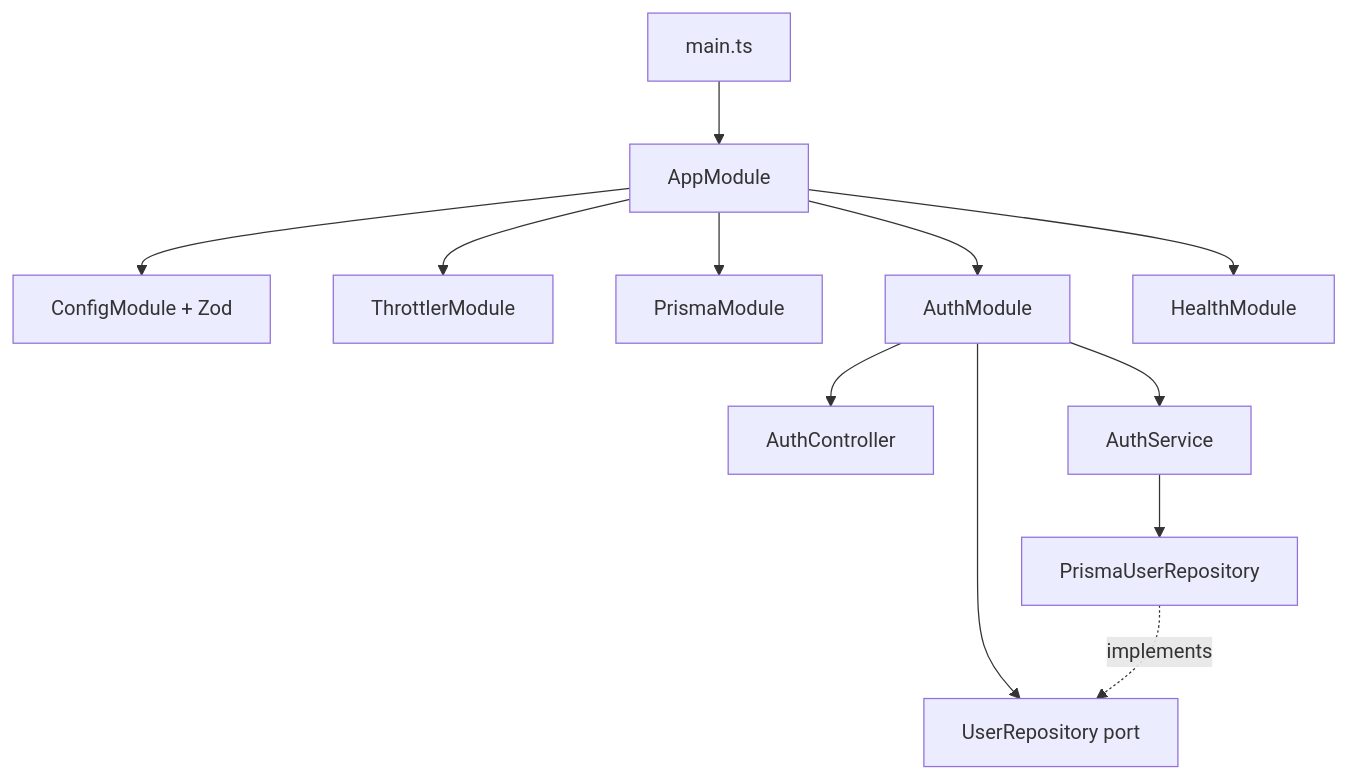
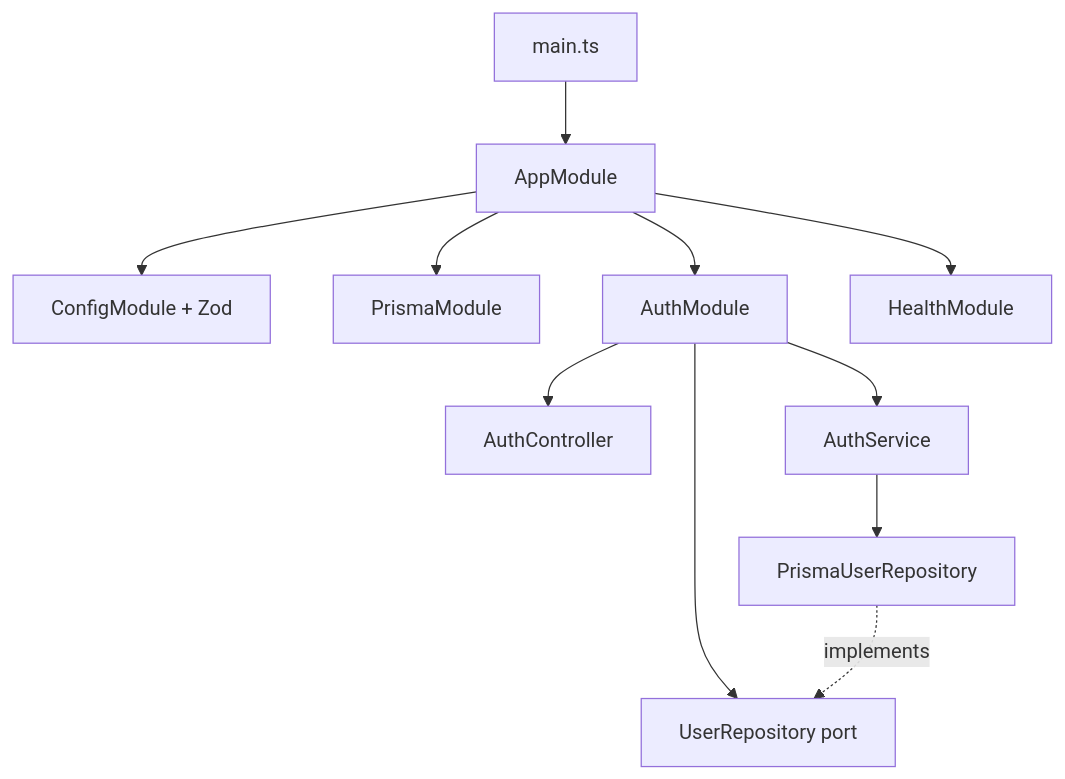
The second of 4 diagrams in docs/architecture.md (Raullize/Hackathon2026), drawn with Mermaid before and after one commit. The commit also changed 29 other files, not shown here.

````diff
--- a/docs/architecture.md
+++ b/docs/architecture.md
@@ -27,15 +27,14 @@
 ```mermaid
 flowchart TB
   Main[main.ts] --> App[AppModule]
   App --> Config[ConfigModule + Zod]
-  App --> Throttler[ThrottlerModule]
   App --> Prisma[PrismaModule]
   App --> Auth[AuthModule]
   App --> Health[HealthModule]
 
   Auth --> AuthController
   Auth --> AuthService
   Auth --> UserRepository[UserRepository port]
   UserRepoAdapter[PrismaUserRepository] -.implements.-> UserRepository
   AuthService --> UserRepoAdapter
 ```
````
